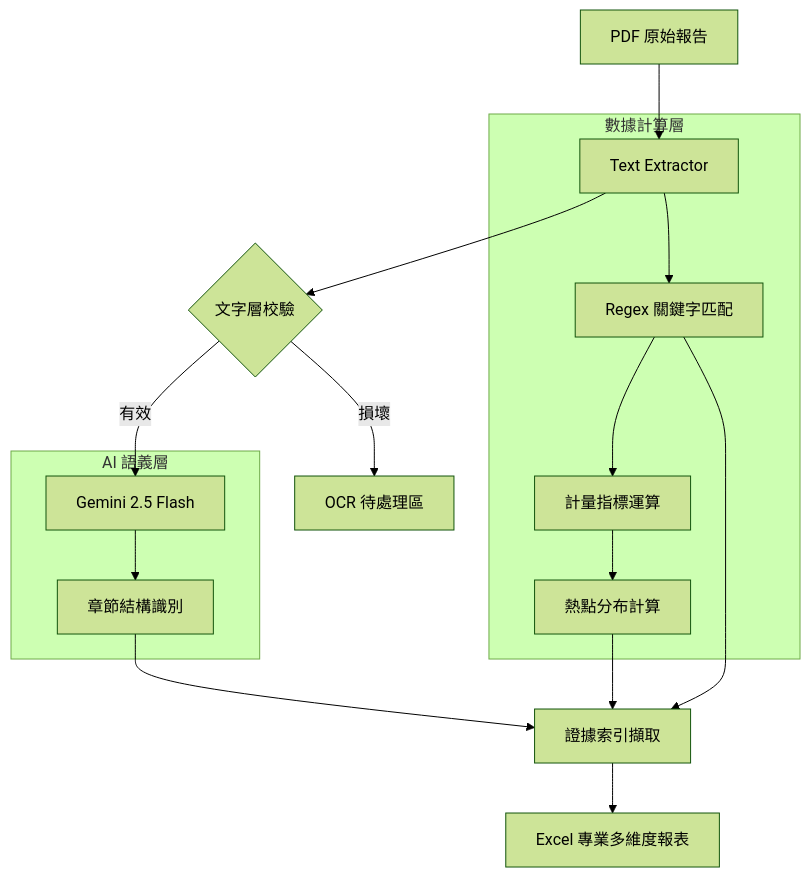
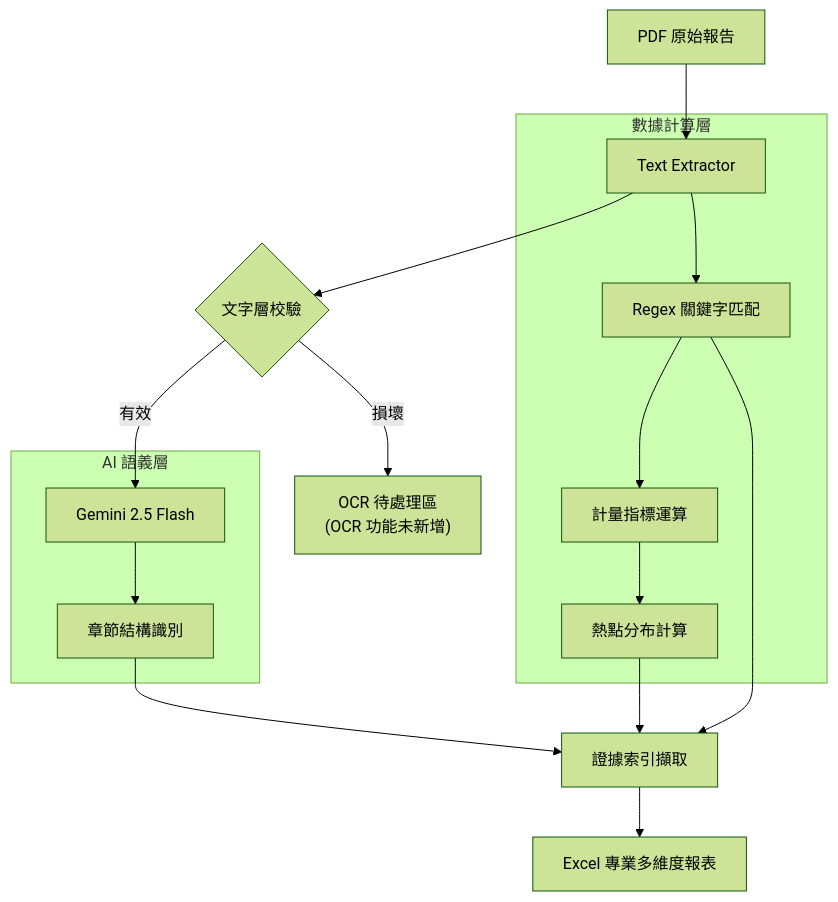
Before and after one commit to fsastone/Keyword_Analyzer: the diagram in README.md, drawn with Mermaid (forest theme). The commit also changed 5 other files, not shown here.

Commit message:
Fix mermaid format error.

````diff
--- a/README.md
+++ b/README.md
@@ -16,23 +16,23 @@
 ```mermaid
 graph TD
     A[PDF 原始報告] --> B[Text Extractor]
     B --> C{文字層校驗}
     C -- 有效 --> D[Gemini 2.5 Flash]
-    C -- 損壞 --> E[OCR 待處理區]
+    C -- 損壞 --> E["OCR 待處理區<br>(OCR 功能未新增)"]
     
     subgraph "AI 語義層"
         D --> F[章節結構識別]
     end
     
     subgraph "數據計算層"
         B --> G[Regex 關鍵字匹配]
         G --> H[計量指標運算]
         H --> I[熱點分布計算]
     end
     
     F --> J[Report Generator]
     I --> J
     G --> J[證據索引擷取]
     
     J --> K[Excel 專業多維度報表]
 ```
````
